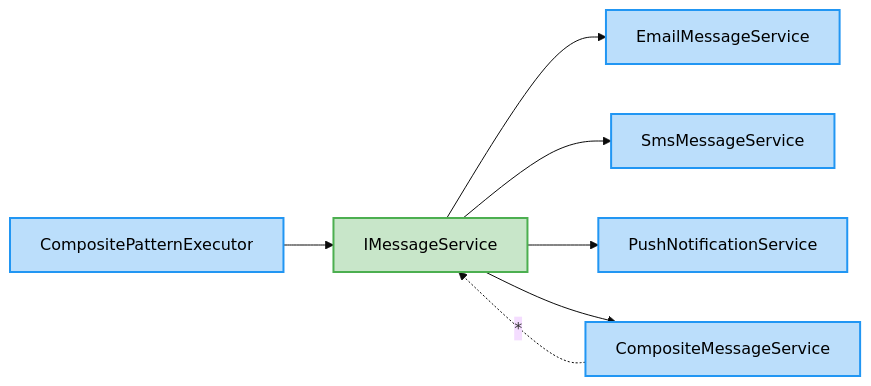
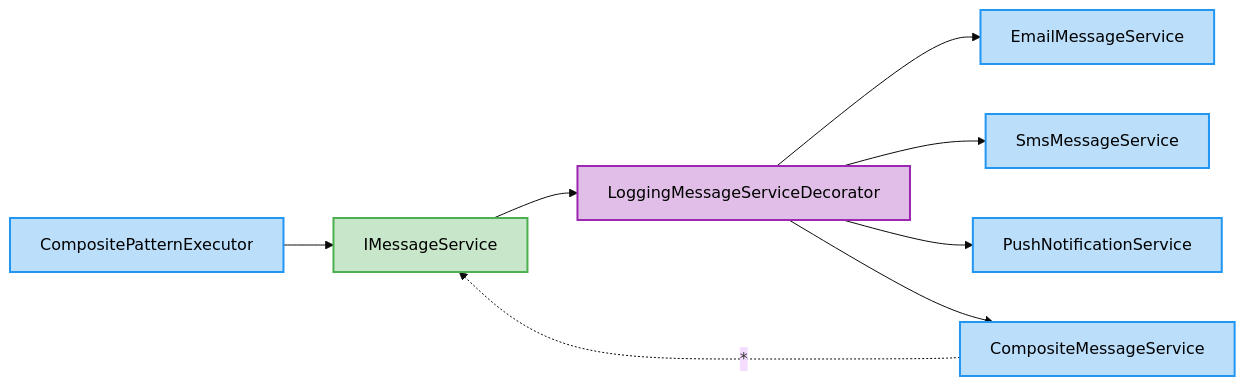
One commit to arika0093/Qudi changed the diagram in examples/Qudi.Example.Readme/exported/CompositePatternExecutor.md. Above: the diagram before and after it, drawn with Mermaid (base theme). The commit also changed 1 other file, not shown here.

Commit message:
Enhance composite pattern documentation by adding LoggingMessageServiceDecorator and updating relationships

````diff
--- a/examples/Qudi.Example.Readme/exported/CompositePatternExecutor.md
+++ b/examples/Qudi.Example.Readme/exported/CompositePatternExecutor.md
@@ -1,24 +1,28 @@
 ```mermaid
 flowchart LR
     Qudi_Examples_CompositePattern_EmailMessageService["EmailMessageService"]
     Qudi_Examples_CompositePattern_IMessageService["IMessageService"]
     Qudi_Examples_CompositePattern_SmsMessageService["SmsMessageService"]
     Qudi_Examples_CompositePattern_PushNotificationService["PushNotificationService"]
     Qudi_Examples_CompositePattern_CompositePatternExecutor["CompositePatternExecutor"]
+    Qudi_Examples_CompositePattern_LoggingMessageServiceDecorator["LoggingMessageServiceDecorator"]
     Qudi_Examples_CompositePattern_CompositeMessageService["CompositeMessageService"]
-    Qudi_Examples_CompositePattern_IMessageService --> Qudi_Examples_CompositePattern_EmailMessageService
-    Qudi_Examples_CompositePattern_IMessageService --> Qudi_Examples_CompositePattern_SmsMessageService
-    Qudi_Examples_CompositePattern_IMessageService --> Qudi_Examples_CompositePattern_PushNotificationService
     Qudi_Examples_CompositePattern_CompositePatternExecutor --> Qudi_Examples_CompositePattern_IMessageService
-    Qudi_Examples_CompositePattern_IMessageService --> Qudi_Examples_CompositePattern_CompositeMessageService
+    Qudi_Examples_CompositePattern_IMessageService --> Qudi_Examples_CompositePattern_LoggingMessageServiceDecorator
+    Qudi_Examples_CompositePattern_LoggingMessageServiceDecorator --> Qudi_Examples_CompositePattern_EmailMessageService
+    Qudi_Examples_CompositePattern_LoggingMessageServiceDecorator --> Qudi_Examples_CompositePattern_SmsMessageService
+    Qudi_Examples_CompositePattern_LoggingMessageServiceDecorator --> Qudi_Examples_CompositePattern_PushNotificationService
+    Qudi_Examples_CompositePattern_LoggingMessageServiceDecorator --> Qudi_Examples_CompositePattern_CompositeMessageService
     Qudi_Examples_CompositePattern_CompositeMessageService -.->|"*"| Qudi_Examples_CompositePattern_IMessageService
     classDef interface fill:#c8e6c9,stroke:#4caf50,stroke-width:2px,color:#000;
     class Qudi_Examples_CompositePattern_IMessageService interface;
     classDef cls fill:#bbdefb,stroke:#2196f3,stroke-width:2px,color:#000;
     class Qudi_Examples_CompositePattern_EmailMessageService cls;
     class Qudi_Examples_CompositePattern_SmsMessageService cls;
     class Qudi_Examples_CompositePattern_PushNotificationService cls;
     class Qudi_Examples_CompositePattern_CompositePatternExecutor cls;
     class Qudi_Examples_CompositePattern_CompositeMessageService cls;
+    classDef decorator fill:#e1bee7,stroke:#9c27b0,stroke-width:2px,color:#000;
+    class Qudi_Examples_CompositePattern_LoggingMessageServiceDecorator decorator;
 
 ```
````
